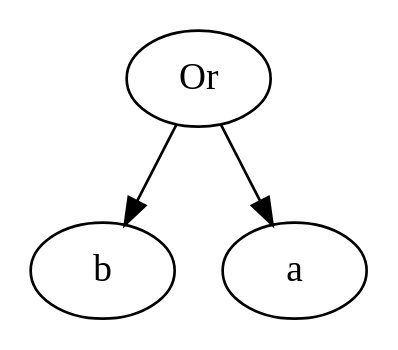
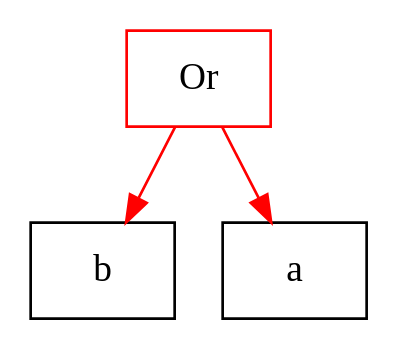
Before and after one commit to chathamabate/youtube-misc: the diagram in boolreduce/graphs/reduce.gv, drawn with Graphviz. The commit also changed 17 other files, not shown here.

```diff
--- a/boolreduce/graphs/reduce.gv
+++ b/boolreduce/graphs/reduce.gv
@@ -1,9 +1,12 @@
 
 // Reduce
 digraph G {
-    n0 [label="Or"];
-    n0 -> n1;
+    node [shape = "box"]
+    edge [color = "red"]
+
+    n0 [label="Or" color="red"];
+    n0 -> n1 ;
     n1 [label="b"];
     n0 -> n2;
     n2 [label="a"];
 }
```
